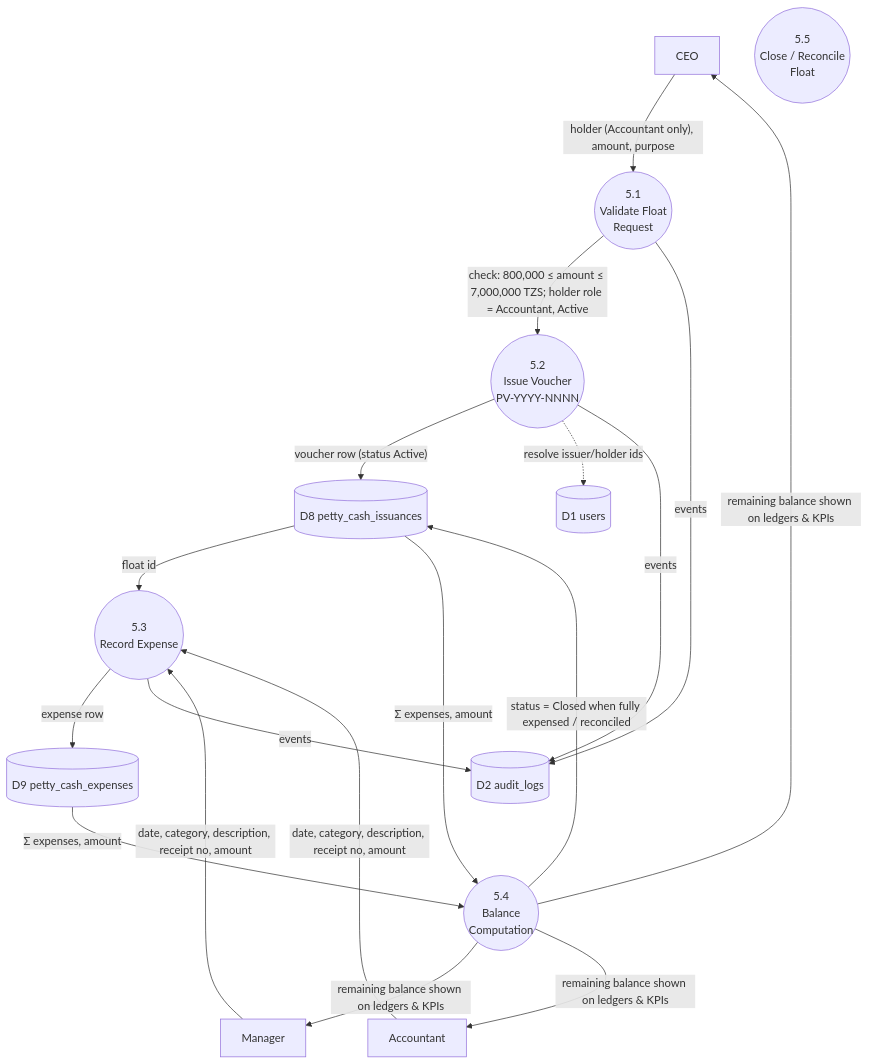
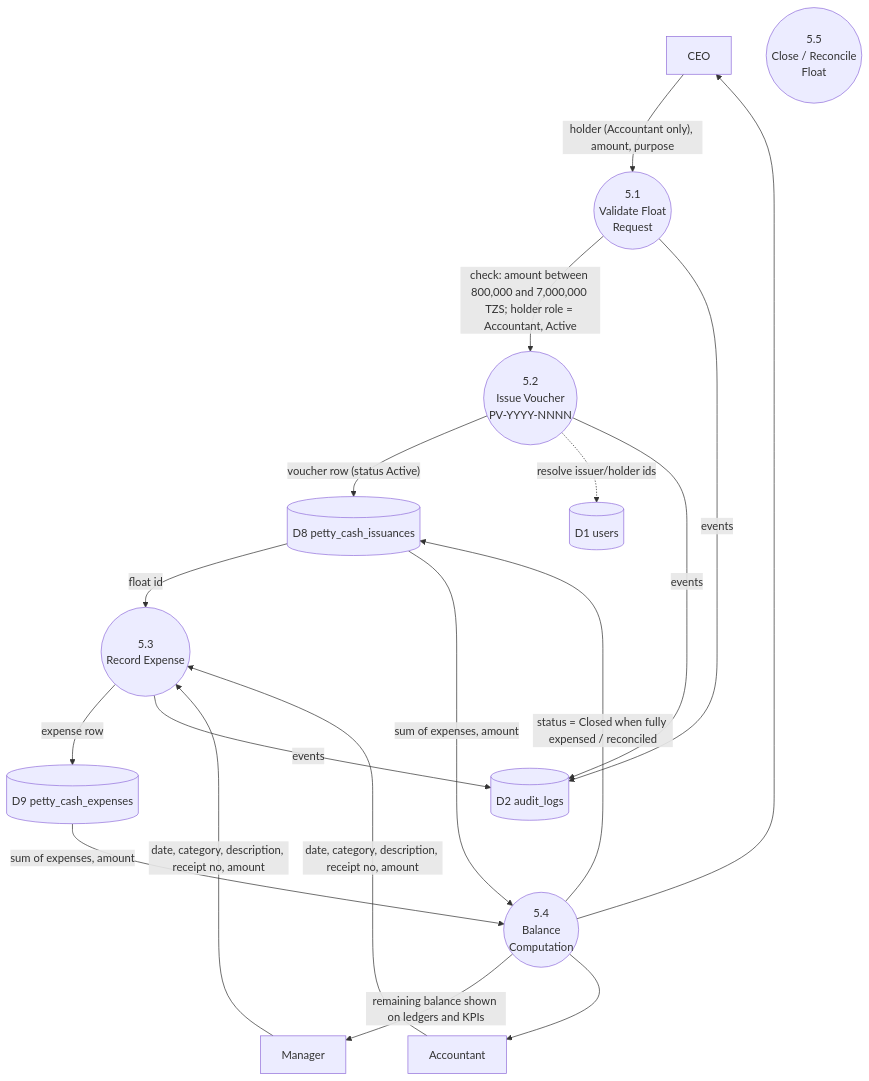
The fourth of 6 diagrams in docs/02-data-flow-diagrams.md (yohan-sudo/epms-local), drawn with Mermaid before and after one commit. The commit also changed other lines of this file and 62 other files, not shown here.

First line of the commit message:
Remove role switcher, enforce uppercase names, make docs pure portable Mermaid

````diff
--- a/docs/02-data-flow-diagrams.md
+++ b/docs/02-data-flow-diagrams.md
@@ -162,29 +190,35 @@
 ```mermaid
-flowchart TB
+graph TB
     CEO["CEO"]
     MGR["Manager"]
     ACC["Accountant"]
 
     P51(("5.1<br/>Validate Float<br/>Request"))
     P52(("5.2<br/>Issue Voucher<br/>PV-YYYY-NNNN"))
     P53(("5.3<br/>Record Expense"))
     P54(("5.4<br/>Balance<br/>Computation"))
     P55(("5.5<br/>Close / Reconcile<br/>Float"))
 
     D1[("D1 users")]
     D8[("D8 petty_cash_issuances")]
     D9[("D9 petty_cash_expenses")]
     D2[("D2 audit_logs")]
 
     CEO -->|"holder (Accountant only), amount, purpose"| P51
-    P51 -->|"check: 800,000 ≤ amount ≤ 7,000,000 TZS; holder role = Accountant, Active"| P52
+    P51 -->|"check: amount between 800,000 and 7,000,000 TZS; holder role = Accountant, Active"| P52
     P52 -->|"voucher row (status Active)"| D8
     P52 -.->|"resolve issuer/holder ids"| D1
-    MGR & ACC -->|"date, category, description, receipt no, amount"| P53
+    MGR -->|"date, category, description, receipt no, amount"| P53
+    ACC -->|"date, category, description, receipt no, amount"| P53
     P53 -->|"expense row"| D9
     D8 -->|"float id"| P53
-    D9 & D8 -->|"Σ expenses, amount"| P54
-    P54 -->|"remaining balance shown on ledgers & KPIs"| MGR & ACC & CEO
+    D9 -->|"sum of expenses, amount"| P54
+    D8 -->|"sum of expenses, amount"| P54
+    P54 -->|"remaining balance shown on ledgers and KPIs"| MGR
+    P54 --> ACC
+    P54 --> CEO
     P54 -->|"status = Closed when fully expensed / reconciled"| D8
-    P51 & P52 & P53 -->|"events"| D2
+    P51 -->|"events"| D2
+    P52 -->|"events"| D2
+    P53 -->|"events"| D2
 ```
````
